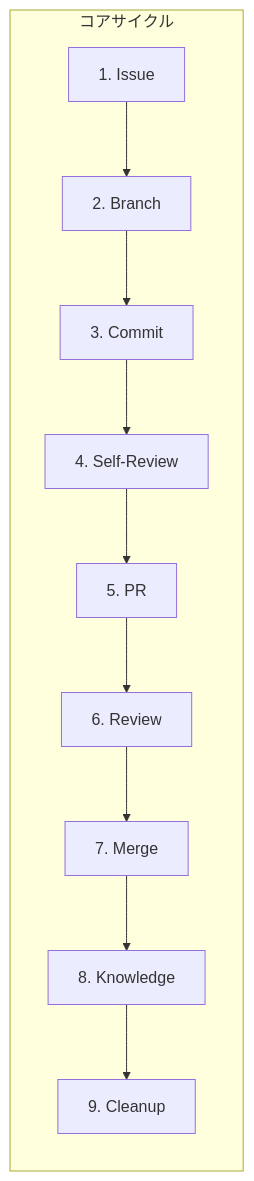
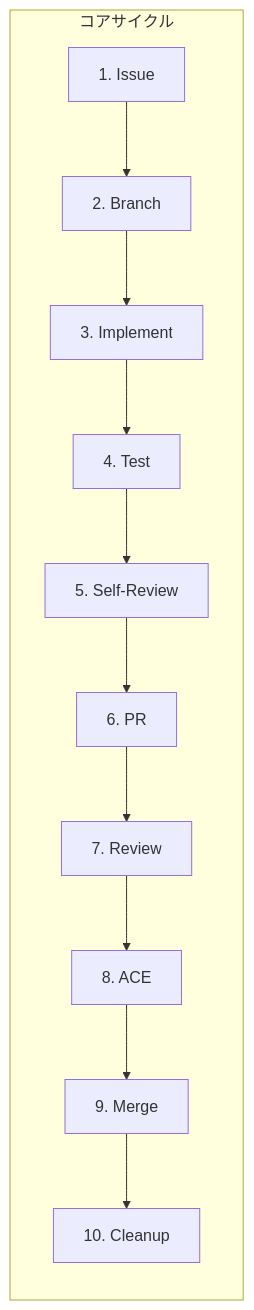
Before and after one commit to feel-flow/ai-spec-driven-development: the diagram in docs/AI_GIT_WORKFLOW.md, drawn with Mermaid. The commit also changed other lines of this file and 12 other files, not shown here.

````diff
--- a/docs/AI_GIT_WORKFLOW.md
+++ b/docs/AI_GIT_WORKFLOW.md
@@ -35,13 +35,14 @@
 ```mermaid
 graph LR
     subgraph "コアサイクル"
         A[1. Issue] --> B[2. Branch]
-        B --> C[3. Commit]
-        C --> D[4. Self-Review]
-        D --> E[5. PR]
-        E --> F[6. Review]
-        F --> G[7. Merge]
-        G --> H[8. Knowledge]
-        H --> I[9. Cleanup]
+        B --> C[3. Implement]
+        C --> D[4. Test]
+        D --> E[5. Self-Review]
+        E --> F[6. PR]
+        F --> G[7. Review]
+        G --> H[8. ACE]
+        H --> I[9. Merge]
+        I --> J[10. Cleanup]
     end
 ```
````
